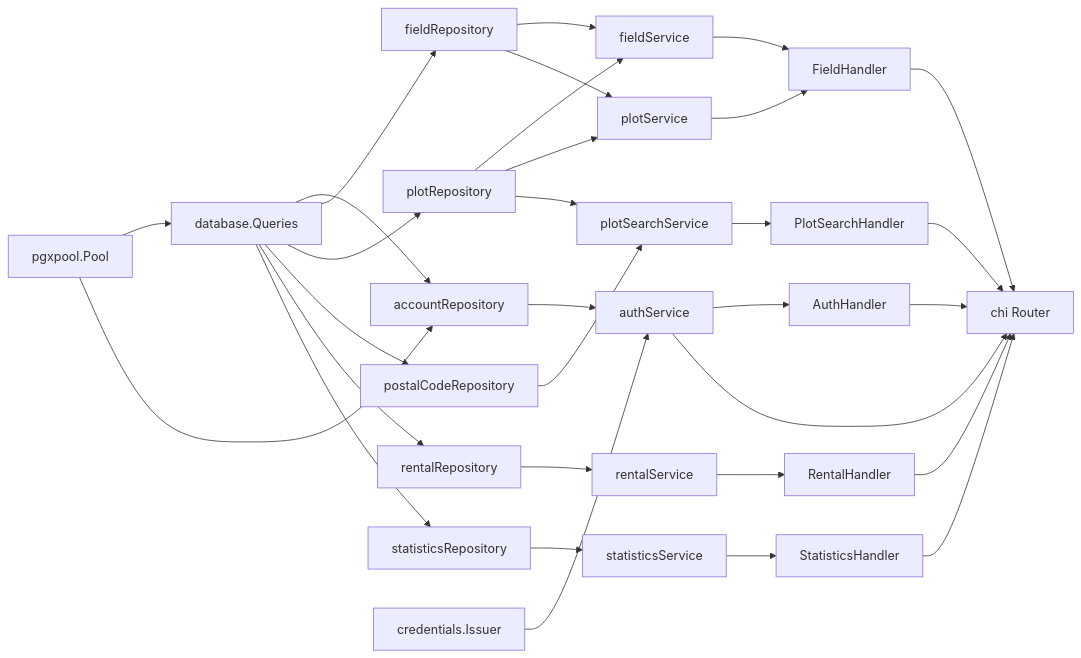
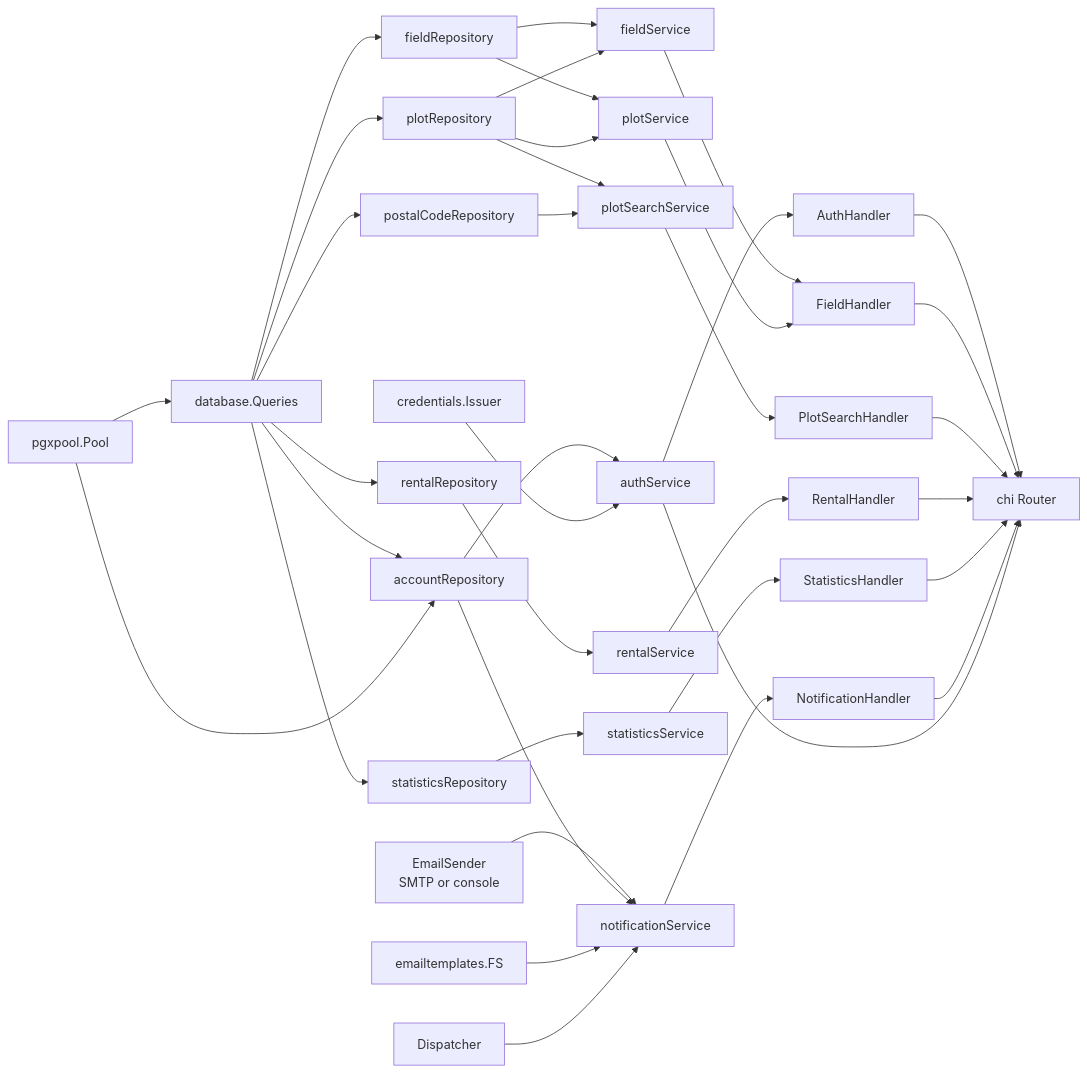
The fourth of 16 diagrams in ARCHITECTURE.md (Neue-Konzepte-BaaS/backend), drawn with Mermaid before and after one commit. The commit also changed other lines of this file and 22 other files, not shown here.

First line of the commit message:
feat: add email notification provider with admin broadcast

````diff
--- a/ARCHITECTURE.md
+++ b/ARCHITECTURE.md
@@ -173,37 +175,43 @@
 ```mermaid
 graph LR
     POOL[pgxpool.Pool] --> Q[database.Queries]
 
     Q --> AR[accountRepository]
     POOL --> AR
     Q --> FR[fieldRepository]
     Q --> PR[plotRepository]
     Q --> PCR[postalCodeRepository]
     Q --> RR[rentalRepository]
     Q --> STR[statisticsRepository]
 
     AR --> AS[authService]
     ISS[credentials.Issuer] --> AS
     FR --> FS[fieldService]
     PR --> FS
     FR --> PS[plotService]
     PR --> PS
     PR --> PSS[plotSearchService]
     PCR --> PSS
     RR --> RS[rentalService]
     STR --> STS[statisticsService]
 
     AS --> AH[AuthHandler]
     FS --> FH[FieldHandler]
     PS --> FH
     PSS --> SH[PlotSearchHandler]
     RS --> RH[RentalHandler]
     STS --> STH[StatisticsHandler]
+    ES[EmailSender<br/>SMTP or console] --> NS[notificationService]
+    AR --> NS
+    TPL[emailtemplates.FS] --> NS
+    DISP[Dispatcher] --> NS
+    NS --> NH[NotificationHandler]
 
     AH --> RT[chi Router]
     FH --> RT
     SH --> RT
     RH --> RT
     STH --> RT
+    NH --> RT
     AS --> RT
 ```
````
